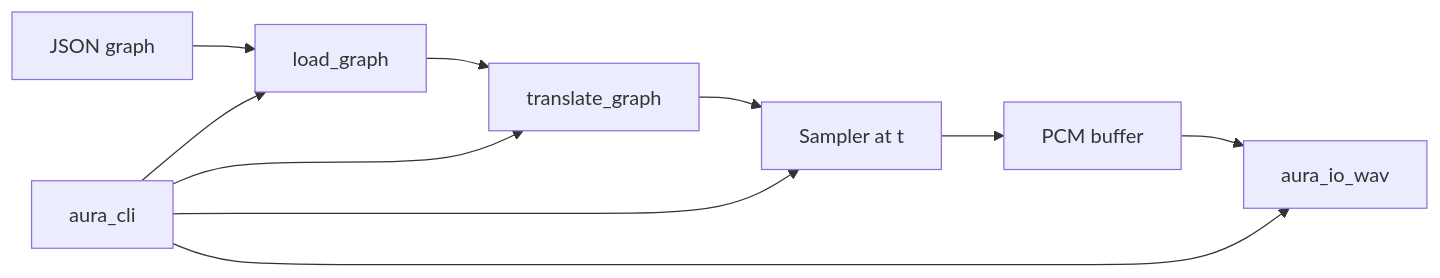
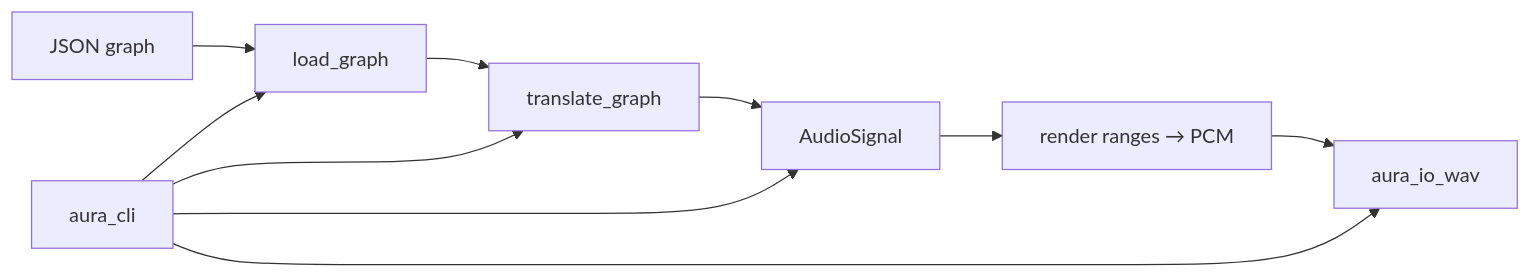
The diagram in docs/design/architecture.md (silentorb/aura-engine), drawn with Mermaid before and after one commit. The commit also changed other lines of this file and 45 other files, not shown here.

Commit message:
Process signals in blocks: graphs render frame ranges with each node output computed once and shared, deterministic node state is nonessential so any range renders identically, streaming nodes may keep history, and plugins and transport drop the per-sample cache and per-cache workers.

````diff
--- a/docs/design/architecture.md
+++ b/docs/design/architecture.md
@@ -71,12 +71,12 @@
 ```mermaid
 flowchart LR
   json[JSON graph] --> load[load_graph]
   load --> translate[translate_graph]
-  translate --> sampler[Sampler at t]
-  sampler --> pcm[PCM buffer]
+  translate --> signal[AudioSignal]
+  signal --> pcm[render ranges → PCM]
   pcm --> wav[aura_io_wav]
   cli[aura_cli] --> load
   cli --> translate
-  cli --> sampler
+  cli --> signal
   cli --> wav
 ```
````
